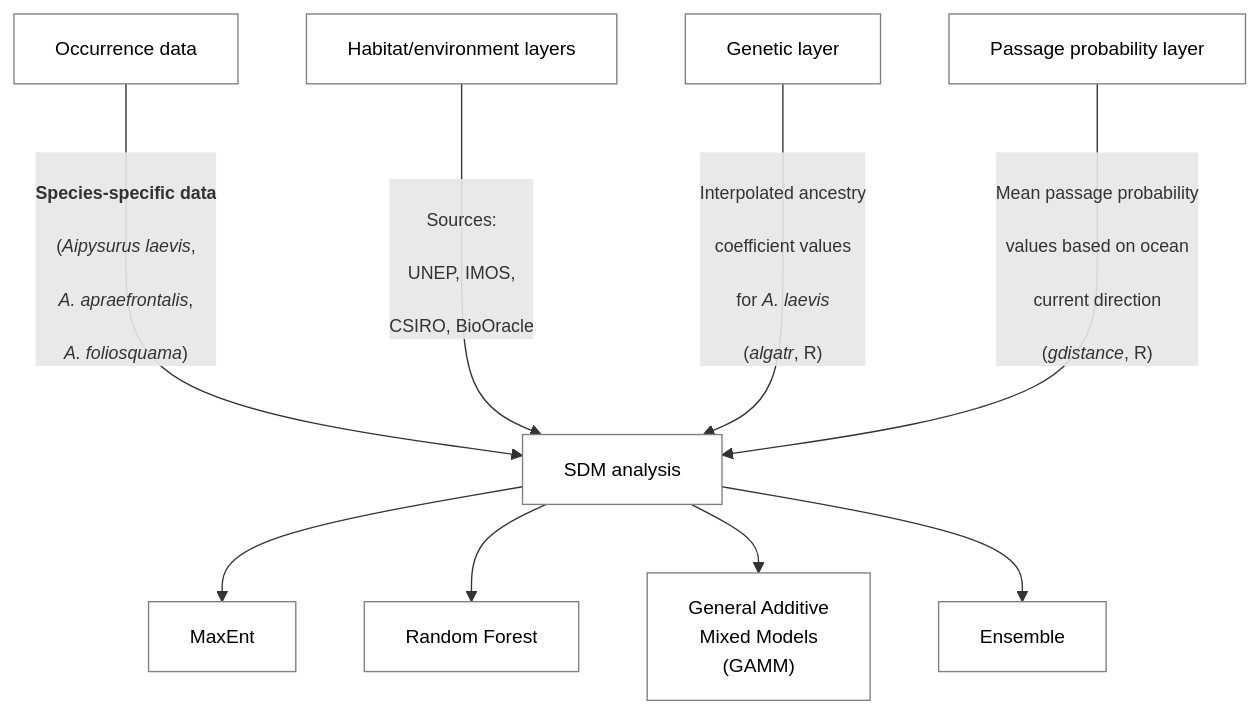
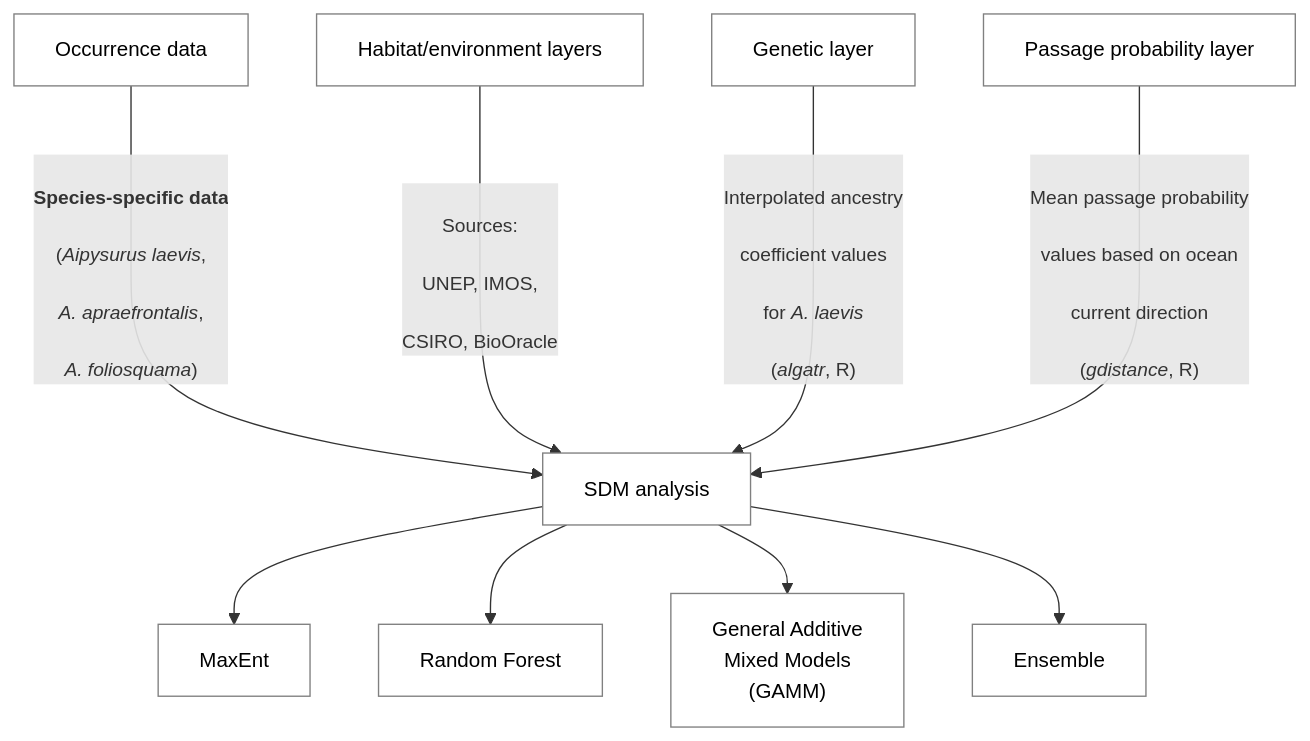
One commit to grcvhon/atm-analysis changed the diagram in README.md. Above: the diagram before and after it, drawn with Mermaid.

Commit message:
Update: chart size

````diff
--- a/README.md
+++ b/README.md
@@ -12,60 +12,60 @@
 ```mermaid
 flowchart TD;
     A["Occurrence data"]
     B["Habitat/environment layers"]
     C["Genetic layer"]
     D["Passage probability layer"]
     E["SDM analysis"]
     F["MaxEnt"]
     G["Random Forest"]
     H["General Additive 
     Mixed Models
     (GAMM)"]
     I["Ensemble"]
     
-    style A fill:white,stroke:grey,color:black,font-size:14px
-    style B fill:white,stroke:grey,color:black,font-size:14px
-    style C fill:white,stroke:grey,color:black,font-size:14px
-    style D fill:white,stroke:grey,color:black,font-size:14px
-    style E fill:white,stroke:grey,color:black,font-size:14px
-    style F fill:white,stroke:grey,color:black,font-size:14px
-    style G fill:white,stroke:grey,color:black,font-size:14px
-    style H fill:white,stroke:grey,color:black,font-size:14px
-    style I fill:white,stroke:grey,color:black,font-size:14px
+    style A fill:white,stroke:grey,color:black,font-size:15px
+    style B fill:white,stroke:grey,color:black,font-size:15px
+    style C fill:white,stroke:grey,color:black,font-size:15px
+    style D fill:white,stroke:grey,color:black,font-size:15px
+    style E fill:white,stroke:grey,color:black,font-size:15px
+    style F fill:white,stroke:grey,color:black,font-size:15px
+    style G fill:white,stroke:grey,color:black,font-size:15px
+    style H fill:white,stroke:grey,color:black,font-size:15px
+    style I fill:white,stroke:grey,color:black,font-size:15px
 
     A--
-    <p style="font-size:13px">
+    <p style="font-size:14px">
     <b>Species-specific data</b><br> 
     (<i>Aipysurus laevis</i>,<br>
     <i>A. apraefrontalis</i>,<br>
     <i>A. foliosquama</i>)
     </p>--->E;
 
     B--
-    <p style="font-size:13px">
+    <p style="font-size:14px">
     Sources:<br>
     UNEP, IMOS,<br> 
     CSIRO, BioOracle
     </p>--->E;
     
     C--
-    <p style="font-size:13px">
+    <p style="font-size:14px">
     Interpolated ancestry<br>
     coefficient values<br>
     for <i>A. laevis</i><br>
     (<i>algatr</i>, R)
     </p>--->E;
     
     D--
-    <p style="font-size:13px">
+    <p style="font-size:14px">
     Mean passage probability<br>
     values based on ocean<br>
     current direction<br>
     (<i>gdistance</i>, R)
     </p>--->E;
     
     E-->F;
     E-->G;
     E-->H;
     E-->I;
 ```
````
